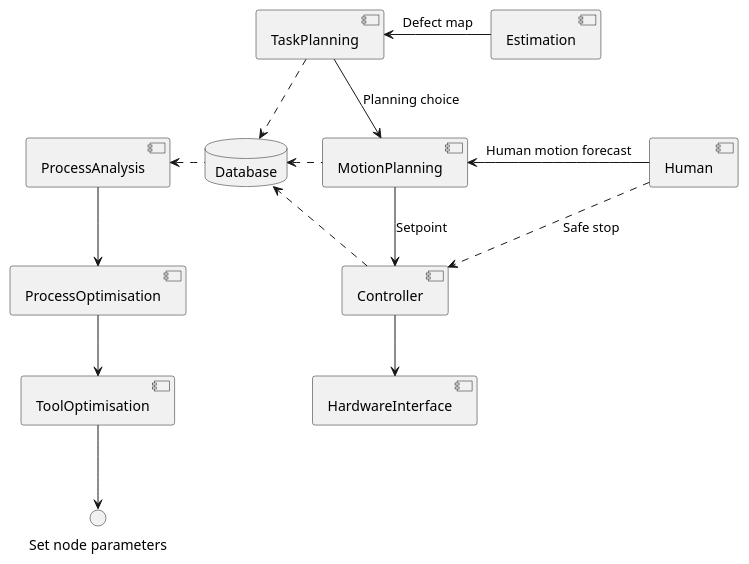
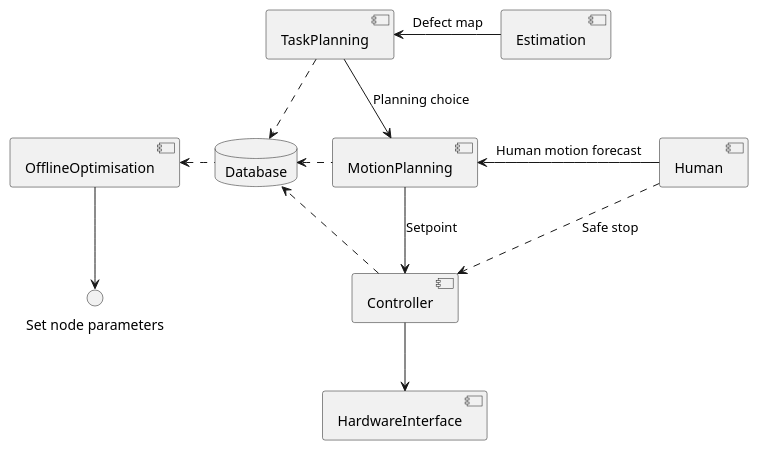
The second of 10 diagrams in framework.md (magician-project/magician-project), drawn with PlantUML before and after one commit. The commit also changed other lines of this file and 1 other file, not shown here.

````diff
--- a/framework.md
+++ b/framework.md
@@ -92,24 +70,22 @@
 ```{plantuml}
 :width: 700px
 @startuml
 [TaskPlanning] -down-> [MotionPlanning]: "Planning choice"
 [MotionPlanning] -down-> [Controller]: "Setpoint"
 [Controller] -down-> [HardwareInterface]
 [Human] -left-> [MotionPlanning]: "Human motion forecast"
 [Estimation] -left-> [TaskPlanning]: "Defect map"
 
 [Human] ..> [Controller]: "Safe stop"
 
 database "Database"
 [TaskPlanning] ..> Database
 [MotionPlanning] .left.> Database
 [Controller] ..> Database
 
-Database .left.> [ProcessAnalysis]
-[ProcessAnalysis] -down-> [ProcessOptimisation]
-[ProcessOptimisation] -down-> [ToolOptimisation]
-[ToolOptimisation] -down-> "Set node parameters"
+Database .left.> [OfflineOptimisation]
+[OfflineOptimisation] -down-> "Set node parameters"
 
 
 @enduml
 ```
````
